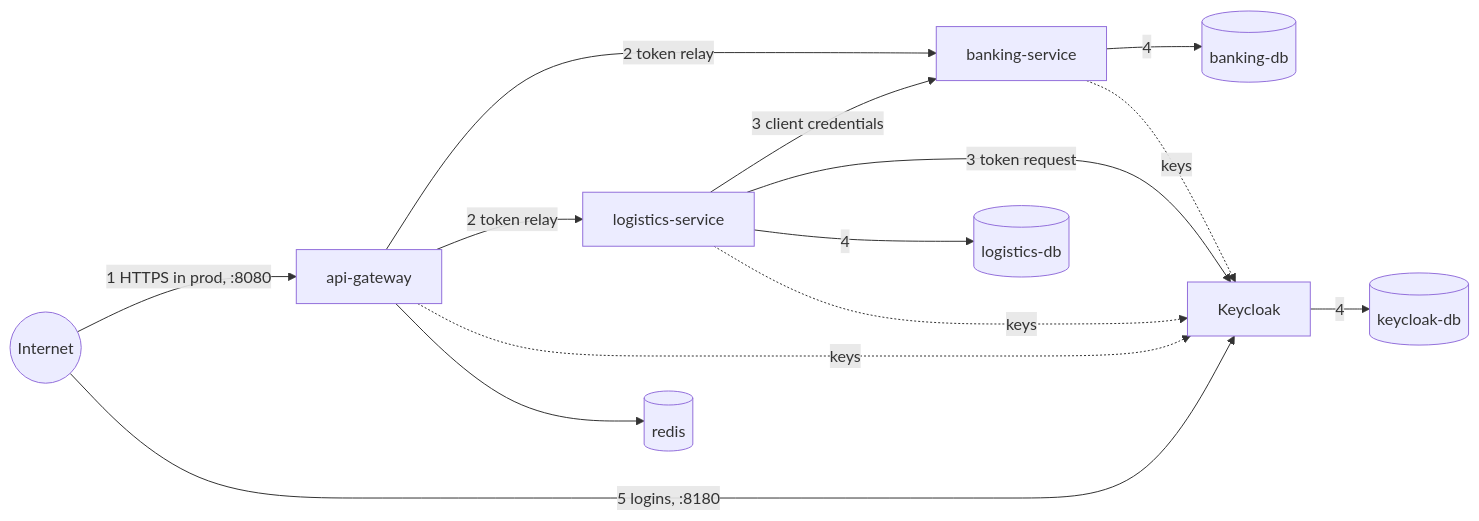
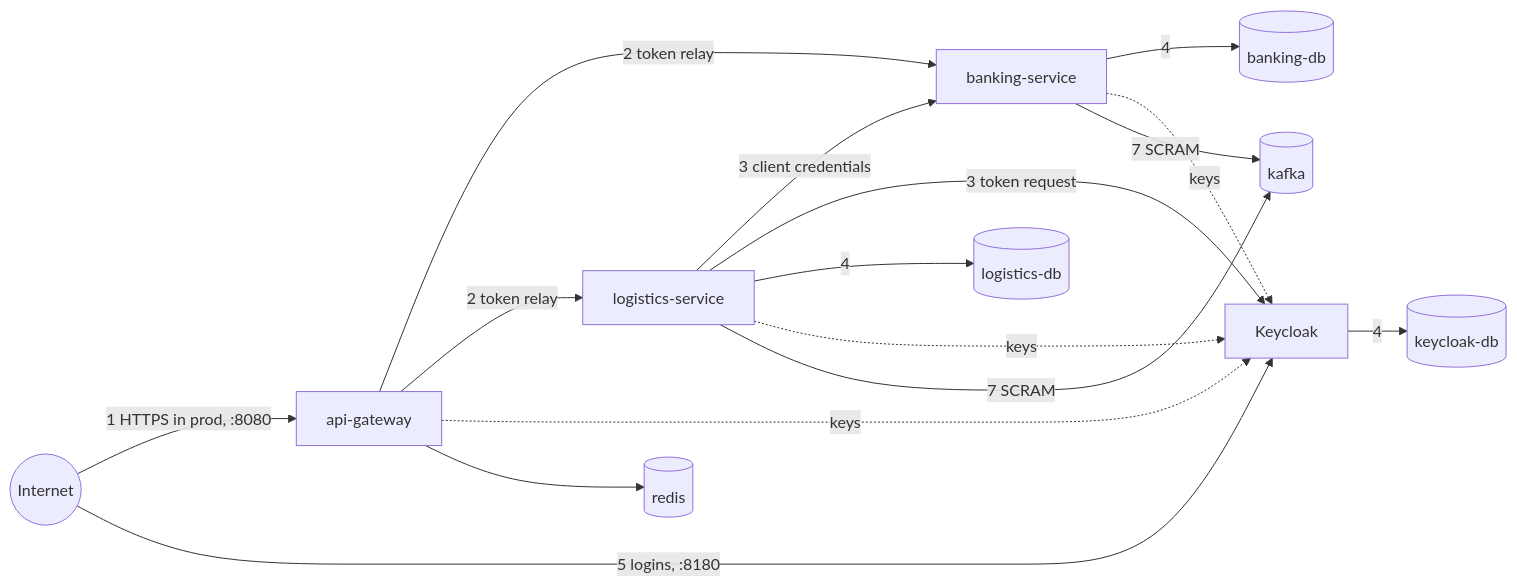
The diagram in docs/threat-model.md (tsegale/cross-border-logistics-system), drawn with Mermaid before and after one commit. The commit also changed other lines of this file and 10 other files, not shown here.

First line of the commit message:
feat(infra): kafka in the default stack with scram and acls

````diff
--- a/docs/threat-model.md
+++ b/docs/threat-model.md
@@ -6,16 +6,18 @@
 ```mermaid
 flowchart LR
     I((Internet)) -->|1 HTTPS in prod, :8080| G[api-gateway]
     I -->|5 logins, :8180| K[Keycloak]
     G -->|2 token relay| B[banking-service]
     G -->|2 token relay| L[logistics-service]
     L -->|3 client credentials| B
     L -->|3 token request| K
     B -->|4| BD[(banking-db)]
     L -->|4| LD[(logistics-db)]
     K -->|4| KD[(keycloak-db)]
     G -.->|keys| K
     B -.->|keys| K
     L -.->|keys| K
     G --> R[(redis)]
+    B -->|7 SCRAM| KF[(kafka)]
+    L -->|7 SCRAM| KF
 ```
````
